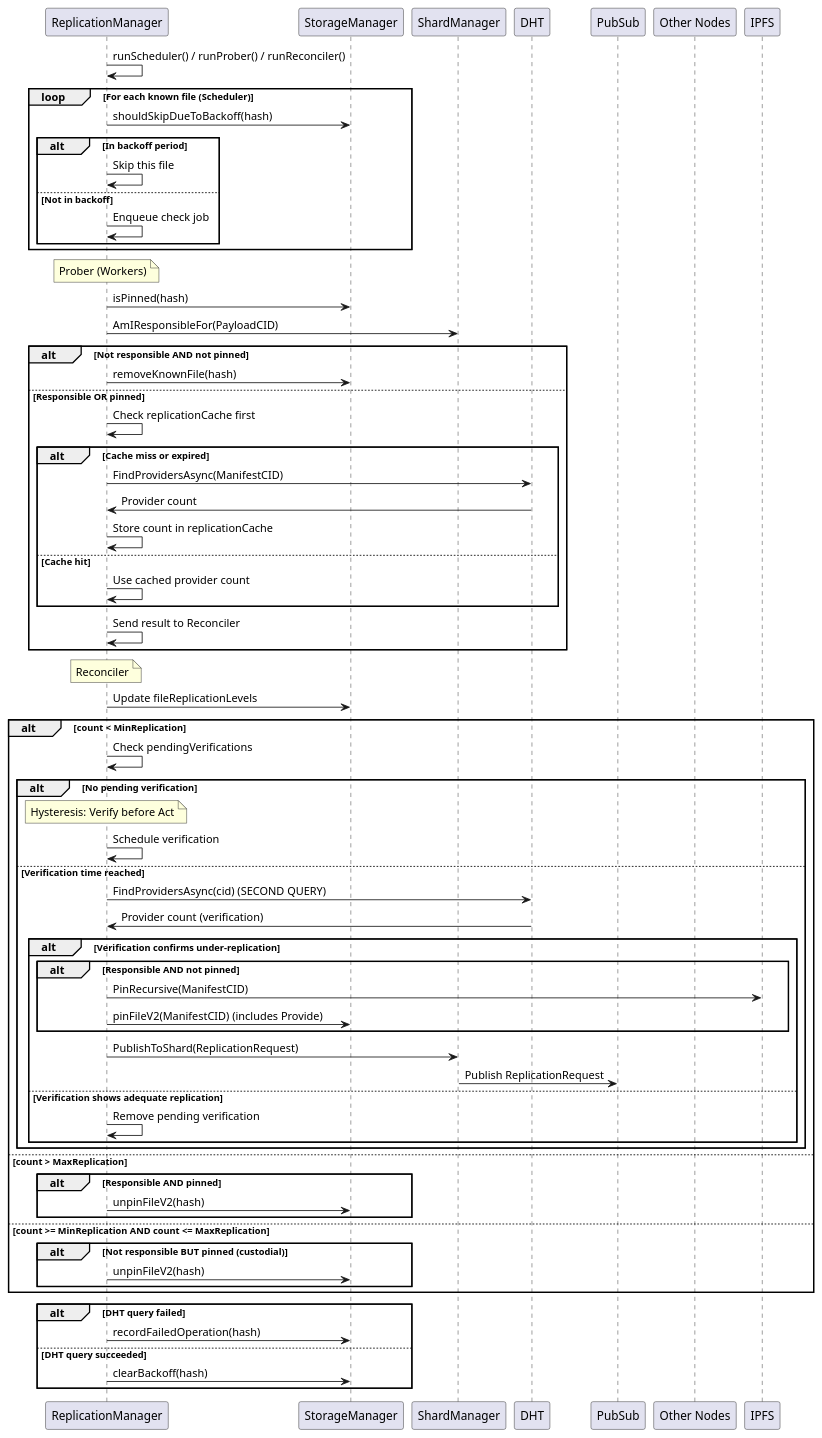
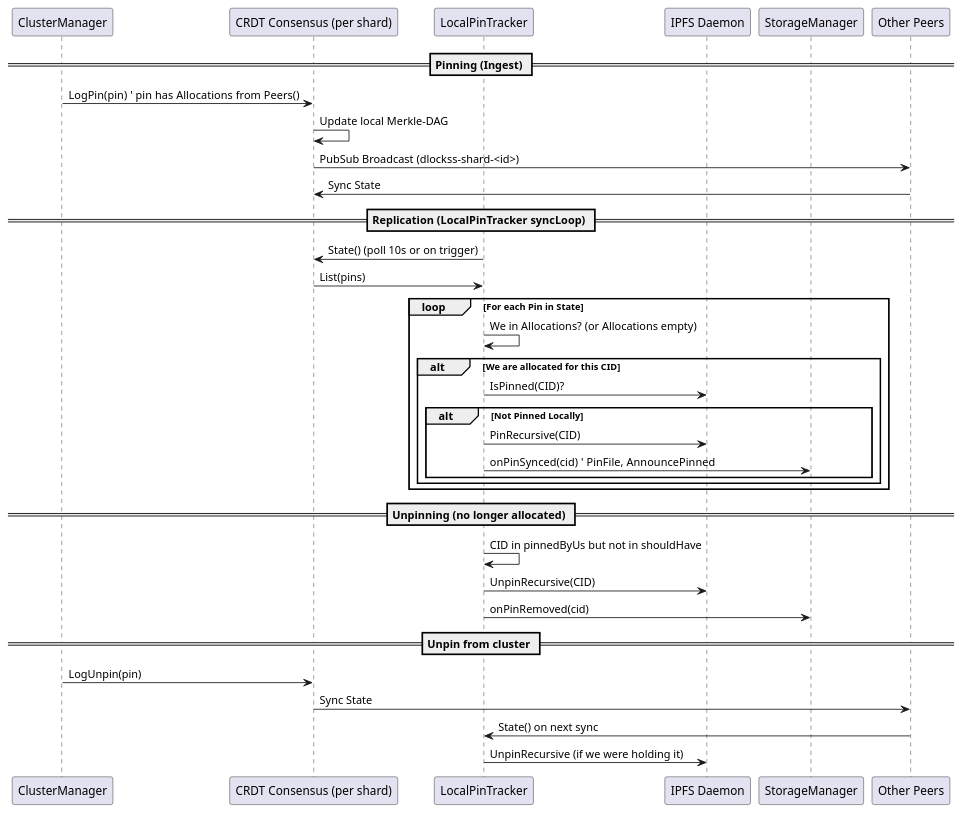
Before and after one commit to gipplab/D-LOCKSS: the diagram in docs/replication_check_sequence.puml, drawn with PlantUML. The commit also changed 65 other files, not shown here.

```diff
--- a/docs/replication_check_sequence.puml
+++ b/docs/replication_check_sequence.puml
@@ -1,78 +1,46 @@
-@startuml Replication Check Sequence
+@startuml Cluster State Sync Sequence
 
-participant "ReplicationManager" as ReplMgr
+participant "ClusterManager" as ClusterMgr
+participant "CRDT Consensus (per shard)" as CRDT
+participant "LocalPinTracker" as PinTracker
+participant "IPFS Daemon" as IPFS
 participant "StorageManager" as Storage
-participant "ShardManager" as ShardMgr
-participant "DHT" as DHT
-participant "PubSub" as PubSub
-participant "Other Nodes" as Nodes
+participant "Other Peers" as Peers
 
-ReplMgr -> ReplMgr: runScheduler() / runProber() / runReconciler()
+== Pinning (Ingest) ==
 
-loop For each known file (Scheduler)
-    ReplMgr -> Storage: shouldSkipDueToBackoff(hash)
-    alt In backoff period
-        ReplMgr -> ReplMgr: Skip this file
-    else Not in backoff
-        ReplMgr -> ReplMgr: Enqueue check job
+ClusterMgr -> CRDT: LogPin(pin)  ' pin has Allocations from Peers()
+CRDT -> CRDT: Update local Merkle-DAG
+CRDT -> Peers: PubSub Broadcast (dlockss-shard-<id>)
+Peers -> CRDT: Sync State
+
+== Replication (LocalPinTracker syncLoop) ==
+
+PinTracker -> CRDT: State() (poll 10s or on trigger)
+CRDT -> PinTracker: List(pins)
+
+loop For each Pin in State
+    PinTracker -> PinTracker: We in Allocations? (or Allocations empty)
+    alt We are allocated for this CID
+        PinTracker -> IPFS: IsPinned(CID)?
+        alt Not Pinned Locally
+            PinTracker -> IPFS: PinRecursive(CID)
+            PinTracker -> Storage: onPinSynced(cid)  ' PinFile, AnnouncePinned
+        end
     end
 end
 
-Note over ReplMgr: Prober (Workers)
-ReplMgr -> Storage: isPinned(hash)
-ReplMgr -> ShardMgr: AmIResponsibleFor(PayloadCID)
+== Unpinning (no longer allocated) ==
 
-alt Not responsible AND not pinned
-    ReplMgr -> Storage: removeKnownFile(hash)
-else Responsible OR pinned
-    ReplMgr -> ReplMgr: Check replicationCache first
-    alt Cache miss or expired
-        ReplMgr -> DHT: FindProvidersAsync(ManifestCID)
-        DHT -> ReplMgr: Provider count
-        ReplMgr -> ReplMgr: Store count in replicationCache
-    else Cache hit
-        ReplMgr -> ReplMgr: Use cached provider count
-    end
-    
-    ReplMgr -> ReplMgr: Send result to Reconciler
-end
+PinTracker -> PinTracker: CID in pinnedByUs but not in shouldHave
+PinTracker -> IPFS: UnpinRecursive(CID)
+PinTracker -> Storage: onPinRemoved(cid)
 
-Note over ReplMgr: Reconciler
-ReplMgr -> Storage: Update fileReplicationLevels
+== Unpin from cluster ==
 
-alt count < MinReplication
-    ReplMgr -> ReplMgr: Check pendingVerifications
-    alt No pending verification
-        Note over ReplMgr: Hysteresis: Verify before Act
-        ReplMgr -> ReplMgr: Schedule verification
-    else Verification time reached
-        ReplMgr -> DHT: FindProvidersAsync(cid) (SECOND QUERY)
-        DHT -> ReplMgr: Provider count (verification)
-        alt Verification confirms under-replication
-            alt Responsible AND not pinned
-                ReplMgr -> IPFS: PinRecursive(ManifestCID)
-                ReplMgr -> Storage: pinFileV2(ManifestCID) (includes Provide)
-            end
-            ReplMgr -> ShardMgr: PublishToShard(ReplicationRequest)
-            ShardMgr -> PubSub: Publish ReplicationRequest
-        else Verification shows adequate replication
-            ReplMgr -> ReplMgr: Remove pending verification
-        end
-    end
-else count > MaxReplication
-    alt Responsible AND pinned
-        ReplMgr -> Storage: unpinFileV2(hash)
-    end
-else count >= MinReplication AND count <= MaxReplication
-    alt Not responsible BUT pinned (custodial)
-        ReplMgr -> Storage: unpinFileV2(hash)
-    end
-end
-
-alt DHT query failed
-    ReplMgr -> Storage: recordFailedOperation(hash)
-else DHT query succeeded
-    ReplMgr -> Storage: clearBackoff(hash)
-end
+ClusterMgr -> CRDT: LogUnpin(pin)
+CRDT -> Peers: Sync State
+Peers -> PinTracker: State() on next sync
+PinTracker -> IPFS: UnpinRecursive (if we were holding it)
 
 @enduml
```
